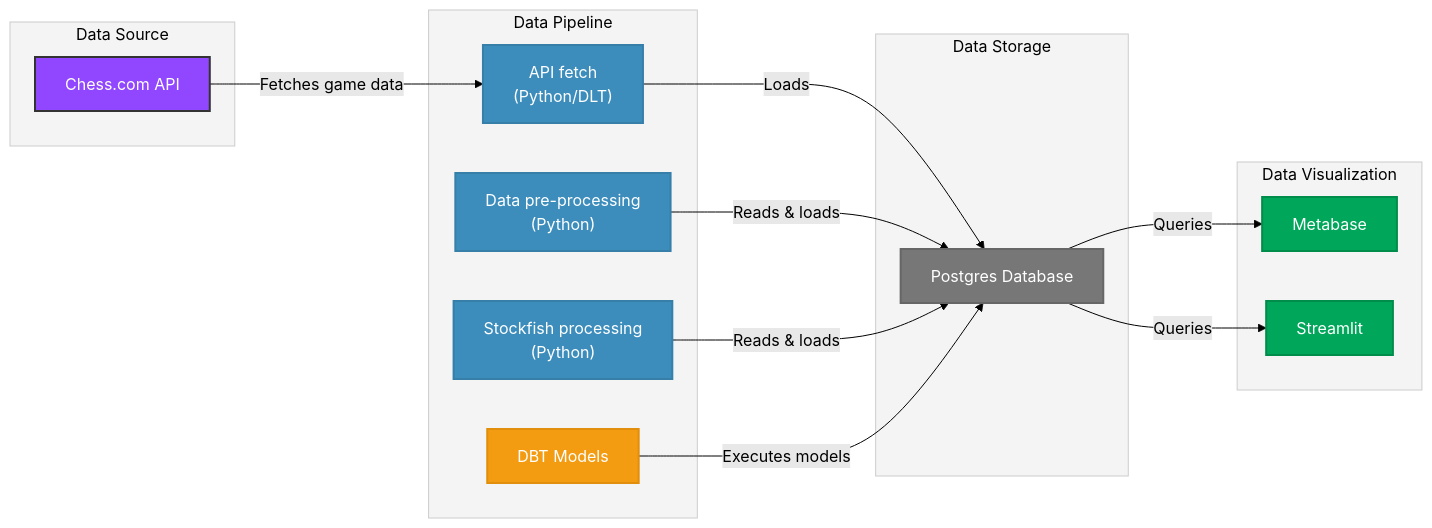
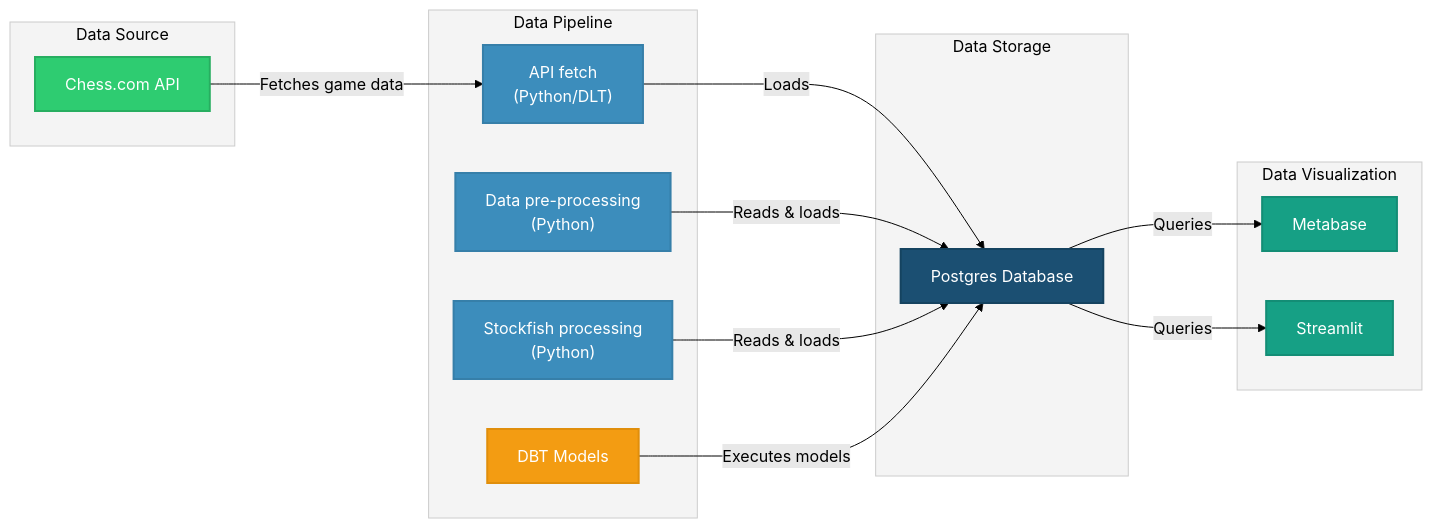
Before and after one commit to gabriellegall/chess_com_bi_pg: the diagram in README.md, drawn with Mermaid (forest theme).

````diff
--- a/README.md
+++ b/README.md
@@ -32,52 +32,52 @@
 ```mermaid
 graph LR;
 
     %% Data Source
     subgraph DS ["Data Source"]
         A[Chess.com API]
     end
 
     %% Processing
     subgraph Processing ["Data Pipeline"]
         B["API fetch<br>(Python/DLT)"]
         n1["Data pre-processing<br>(Python)"]
         n2["Stockfish processing<br>(Python)"]
         D["DBT Models"]
     end
 
     %% Storage
     subgraph Storage ["Data Storage"]
         C[Postgres Database]
     end
 
     %% Visualization
     subgraph Viz ["Data Visualization"]
         E["Metabase"]
         F["Streamlit"]
     end
 
     %% Data flow
     A -->|"Fetches game data"| B
     B -->|"Loads"| C
     n1 -->|"Reads & loads"| C
     n2 -->|"Reads & loads"| C
     D -->|"Executes models"| C
     C -->|"Queries"| E
     C -->|"Queries"| F
 
     %% Subgraph styling (light, semi-transparent)
     style DS fill:#f4f4f4,stroke:#ccc,stroke-width:1px,color:#000
     style Processing fill:#f4f4f4,stroke:#ccc,stroke-width:1px,color:#000
     style Storage fill:#f4f4f4,stroke:#ccc,stroke-width:1px,color:#000
     style Viz fill:#f4f4f4,stroke:#ccc,stroke-width:1px,color:#000
 
-    %% Node styling (from Twitch palette)
-    style A fill:#9146FF,stroke:#333,stroke-width:2px,color:#fff
+    %% Node styling
+    style A fill:#2ecc71,stroke:#27ae60,stroke-width:2px,color:white
     style B fill:#3c8dbc,stroke:#367fa9,stroke-width:2px,color:white
     style n1 fill:#3c8dbc,stroke:#367fa9,stroke-width:2px,color:white
     style n2 fill:#3c8dbc,stroke:#367fa9,stroke-width:2px,color:white
     style D fill:#f39c12,stroke:#e08e0b,stroke-width:2px,color:white
-    style C fill:#777,stroke:#666,stroke-width:2px,color:white
-    style E fill:#00a65a,stroke:#008d4c,stroke-width:2px,color:white
-    style F fill:#00a65a,stroke:#008d4c,stroke-width:2px,color:white
+    style C fill:#1B4F72,stroke:#154360,stroke-width:2px,color:white
+    style E fill:#16a085,stroke:#138d75,stroke-width:2px,color:white
+    style F fill:#16a085,stroke:#138d75,stroke-width:2px,color:white
 ```
````
